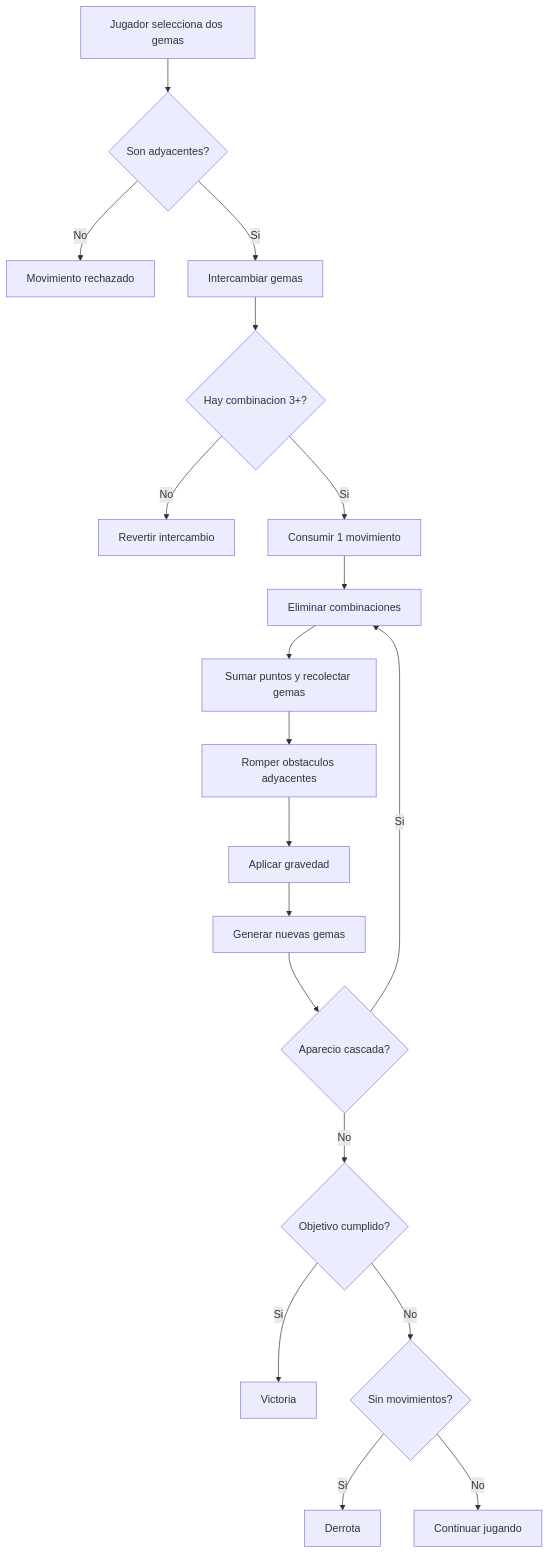
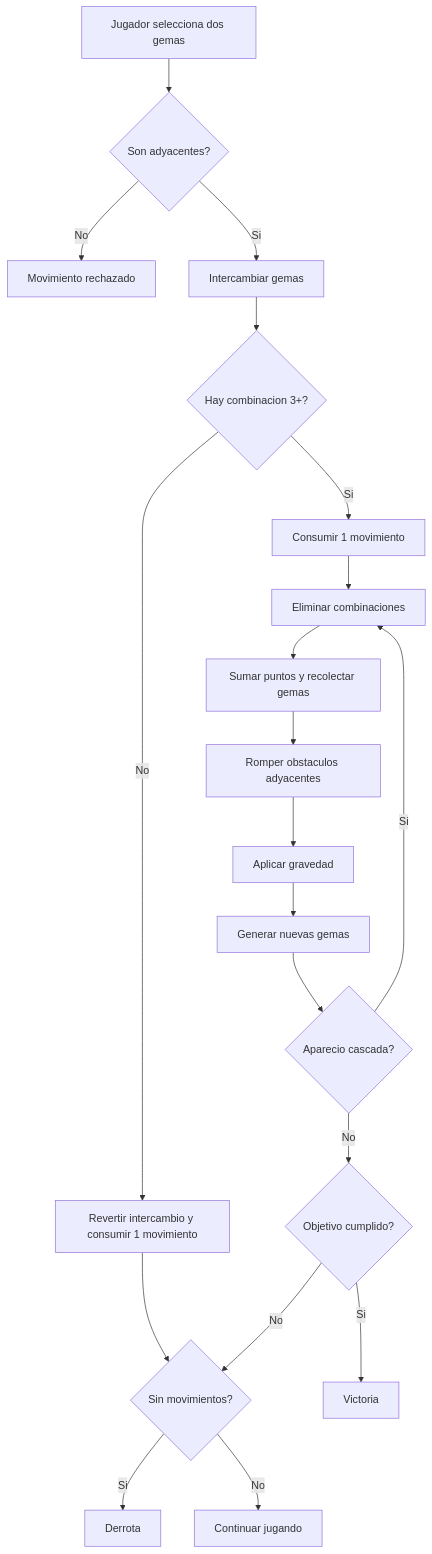
One commit to sebasbv11/juego-match-3 changed the sixth of 6 diagrams in docs/modelado.md. Above: the diagram before and after it, drawn with Mermaid. The commit also changed other lines of this file and 5 other files, not shown here.

````diff
--- a/docs/modelado.md
+++ b/docs/modelado.md
@@ -576,21 +578,22 @@
 ```mermaid
 flowchart TD
   A["Jugador selecciona dos gemas"] --> B{"Son adyacentes?"}
   B -- No --> C["Movimiento rechazado"]
   B -- Si --> D["Intercambiar gemas"]
   D --> E{"Hay combinacion 3+?"}
-  E -- No --> F["Revertir intercambio"]
+  E -- No --> F["Revertir intercambio y consumir 1 movimiento"]
+  F --> P
   E -- Si --> G["Consumir 1 movimiento"]
   G --> H["Eliminar combinaciones"]
   H --> I["Sumar puntos y recolectar gemas"]
   I --> J["Romper obstaculos adyacentes"]
   J --> K["Aplicar gravedad"]
   K --> L["Generar nuevas gemas"]
   L --> M{"Aparecio cascada?"}
   M -- Si --> H
   M -- No --> N{"Objetivo cumplido?"}
   N -- Si --> O["Victoria"]
   N -- No --> P{"Sin movimientos?"}
   P -- Si --> Q["Derrota"]
   P -- No --> R["Continuar jugando"]
 ```
````
